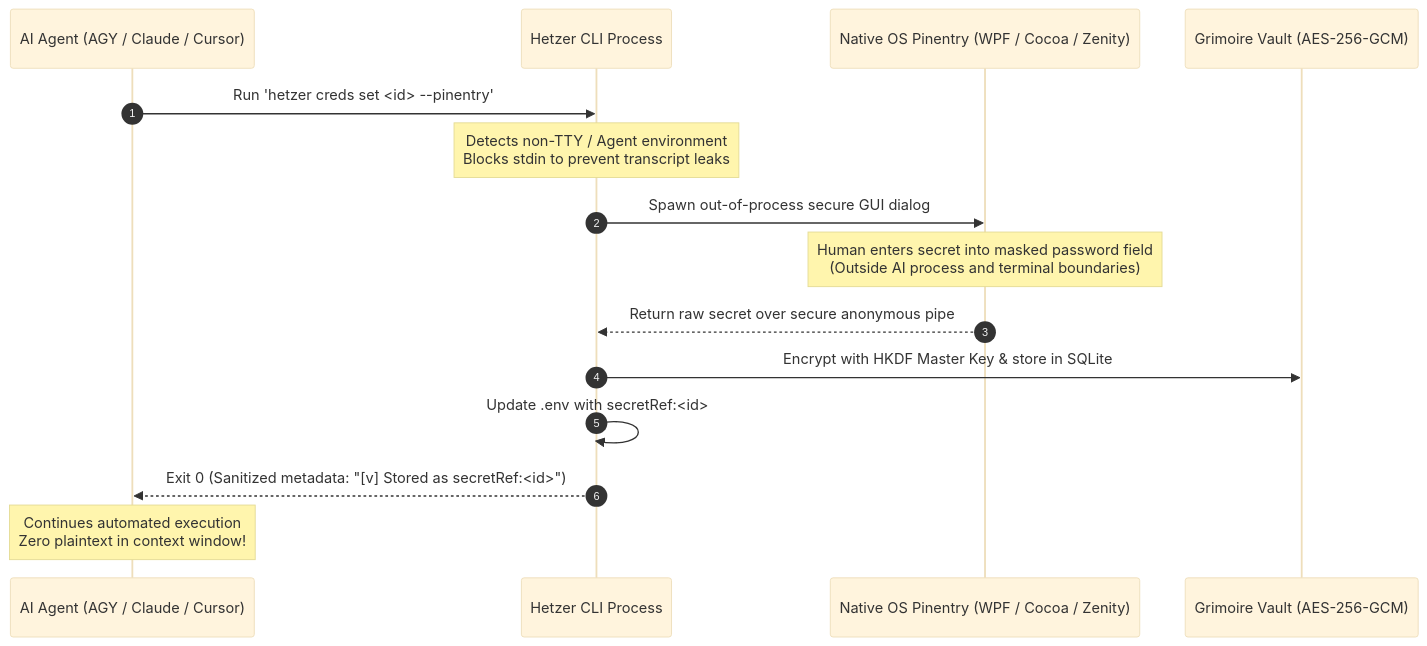
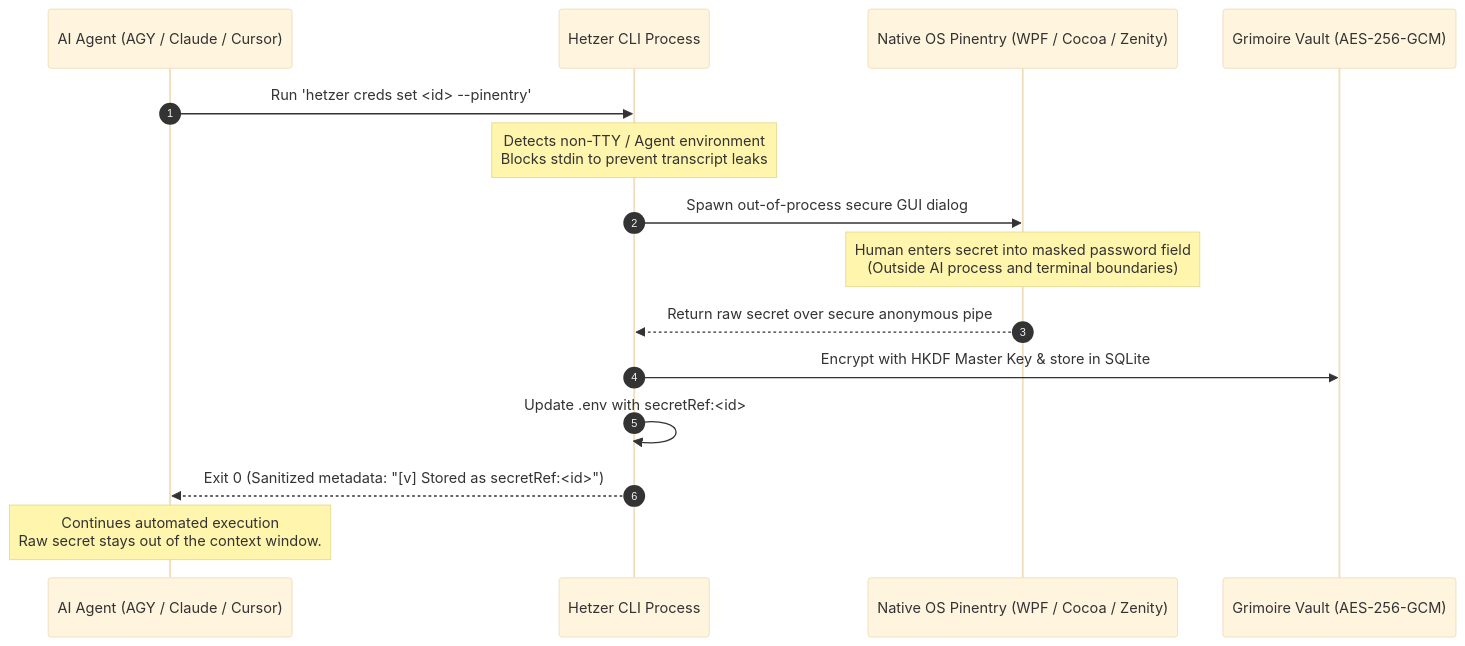
Before and after one commit to agunggnn/hetzer: the diagram in docs/rfc-native-os-pinentry-bridge.md, drawn with Mermaid (base theme). The commit also changed 4 other files, not shown here.

First line of the commit message:
docs: soften absolute "zero-plaintext" claims

````diff
--- a/docs/rfc-native-os-pinentry-bridge.md
+++ b/docs/rfc-native-os-pinentry-bridge.md
@@ -42,18 +42,18 @@
 ```mermaid
 sequenceDiagram
     autonumber
     participant Agent as AI Agent (AGY / Claude / Cursor)
     participant Hetzer as Hetzer CLI Process
     participant OS as Native OS Pinentry (WPF / Cocoa / Zenity)
     participant Vault as Grimoire Vault (AES-256-GCM)
 
     Agent->>Hetzer: Run 'hetzer creds set <id> --pinentry'
     Note over Hetzer: Detects non-TTY / Agent environment<br/>Blocks stdin to prevent transcript leaks
     Hetzer->>OS: Spawn out-of-process secure GUI dialog
     Note over OS: Human enters secret into masked password field<br/>(Outside AI process and terminal boundaries)
     OS-->>Hetzer: Return raw secret over secure anonymous pipe
     Hetzer->>Vault: Encrypt with HKDF Master Key & store in SQLite
     Hetzer->>Hetzer: Update .env with secretRef:<id>
     Hetzer-->>Agent: Exit 0 (Sanitized metadata: "[v] Stored as secretRef:<id>")
-    Note over Agent: Continues automated execution<br/>Zero plaintext in context window!
+    Note over Agent: Continues automated execution<br/>Raw secret stays out of the context window.
 ```
````
